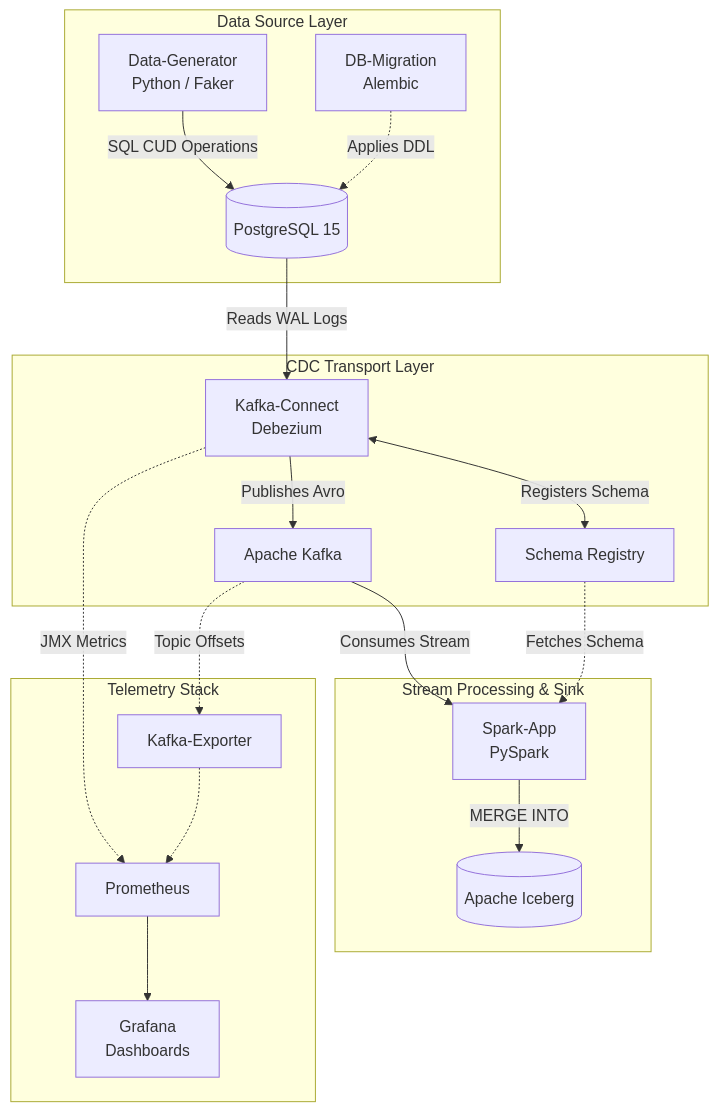
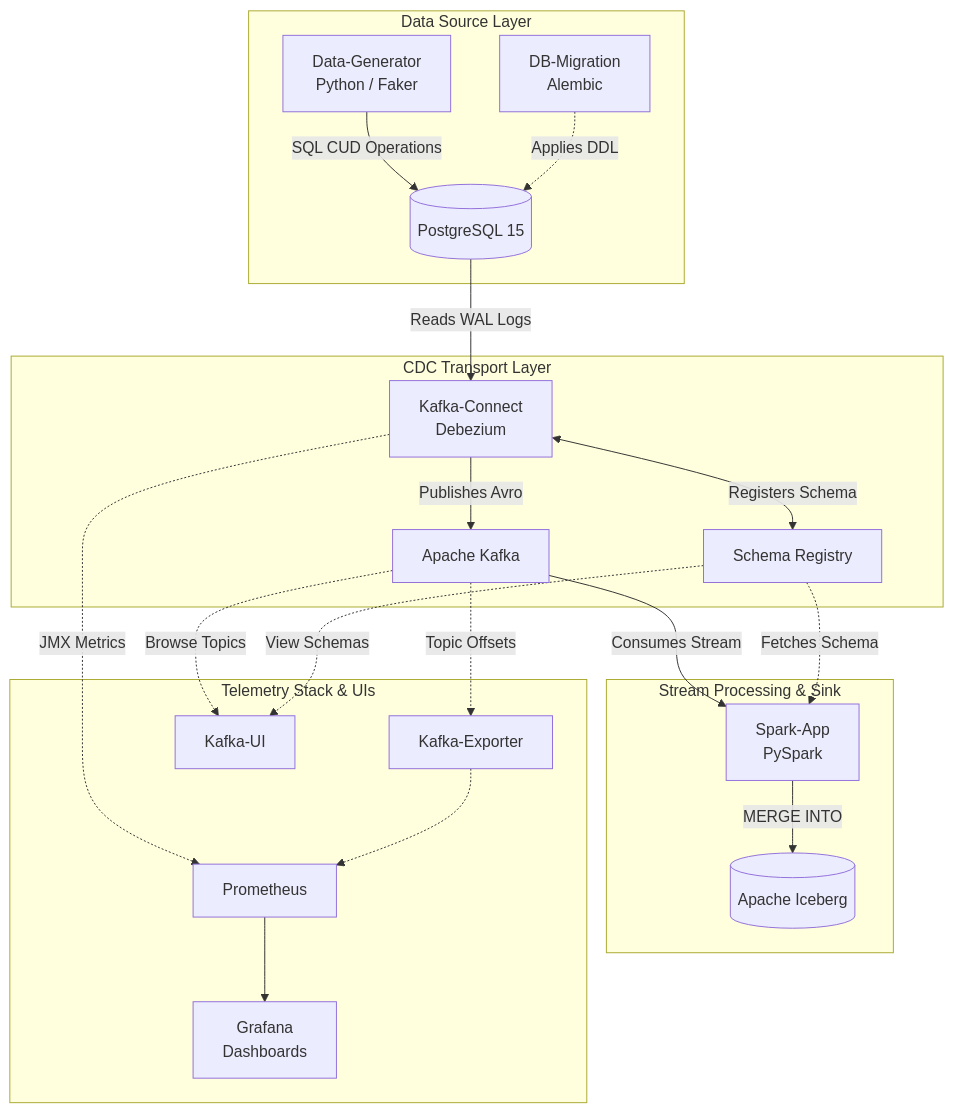
One commit to rdrishabh38/cdc-lakehouse-poc changed the first of 2 diagrams in README.md. Above: the diagram before and after it, drawn with Mermaid. The commit also changed other lines of this file and 1 other file, not shown here.

Commit message:
feat: added kafka UI and mapped spark UI port for UI access

````diff
--- a/README.md
+++ b/README.md
@@ -46,26 +47,28 @@
 ```mermaid
 flowchart TD
     subgraph Source [Data Source Layer]
         Gen[Data-Generator<br/>Python / Faker] -->|SQL CUD Operations| DB[(PostgreSQL 15)]
         Mig[DB-Migration<br/>Alembic] -.->|Applies DDL| DB
     end
 
     subgraph Transport [CDC Transport Layer]
         DB -->|Reads WAL Logs| Connect[Kafka-Connect<br/>Debezium]
         Connect -->|Publishes Avro| Kafka[Apache Kafka]
         Connect <-->|Registers Schema| SR[Schema Registry]
     end
 
     subgraph Lakehouse [Stream Processing & Sink]
         Kafka -->|Consumes Stream| Spark[Spark-App<br/>PySpark]
         SR -.->|Fetches Schema| Spark
         Spark -->|MERGE INTO| Iceberg[(Apache Iceberg)]
     end
 
-    subgraph Observability [Telemetry Stack]
+    subgraph Observability [Telemetry Stack & UIs]
         Connect -.->|JMX Metrics| Prom[Prometheus]
         Kafka -.->|Topic Offsets| KExp[Kafka-Exporter]
         KExp -.-> Prom
         Prom --> Grafana[Grafana<br/>Dashboards]
+        Kafka -.->|Browse Topics| KUI[Kafka-UI]
+        SR -.->|View Schemas| KUI
     end
 ```
````
